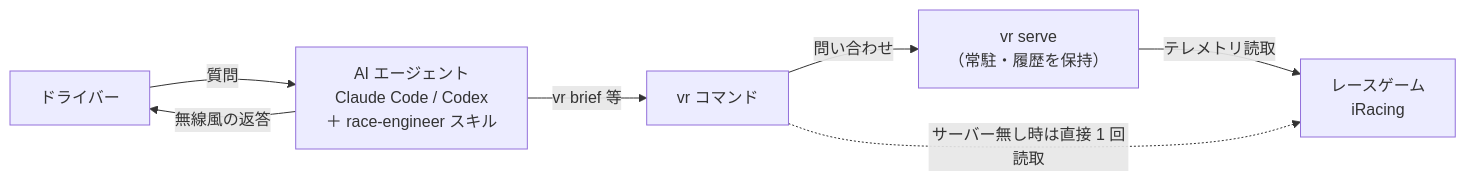
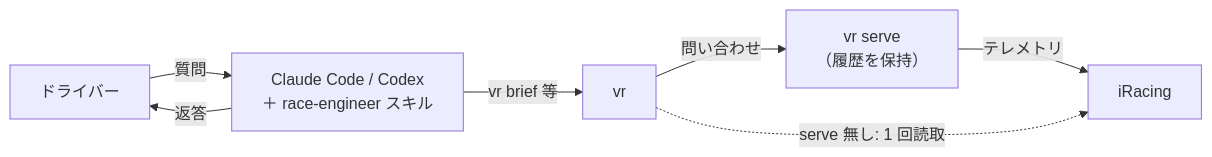
One commit to r4ai/vibe-racing changed the diagram in README.md. Above: the diagram before and after it, drawn with Mermaid. The commit also changed other lines of this file and 2 other files, not shown here.

````diff
--- a/README.md
+++ b/README.md
@@ -24,15 +21,15 @@
 ```mermaid
 flowchart LR
     Driver["ドライバー"]
-    Agent["AI エージェント<br/>Claude Code / Codex<br/>＋ race-engineer スキル"]
-    Vr["vr コマンド"]
-    Serve["vr serve<br/>（常駐・履歴を保持）"]
-    Game["レースゲーム<br/>iRacing"]
+    Agent["Claude Code / Codex<br/>＋ race-engineer スキル"]
+    Vr["vr"]
+    Serve["vr serve<br/>（履歴を保持）"]
+    Game["iRacing"]
 
     Driver -->|質問| Agent
-    Agent -->|無線風の返答| Driver
+    Agent -->|返答| Driver
     Agent -->|vr brief 等| Vr
     Vr -->|問い合わせ| Serve
-    Serve -->|テレメトリ読取| Game
-    Vr -.->|サーバー無し時は直接 1 回読取| Game
+    Serve -->|テレメトリ| Game
+    Vr -.->|serve 無し: 1 回読取| Game
 ```
````
